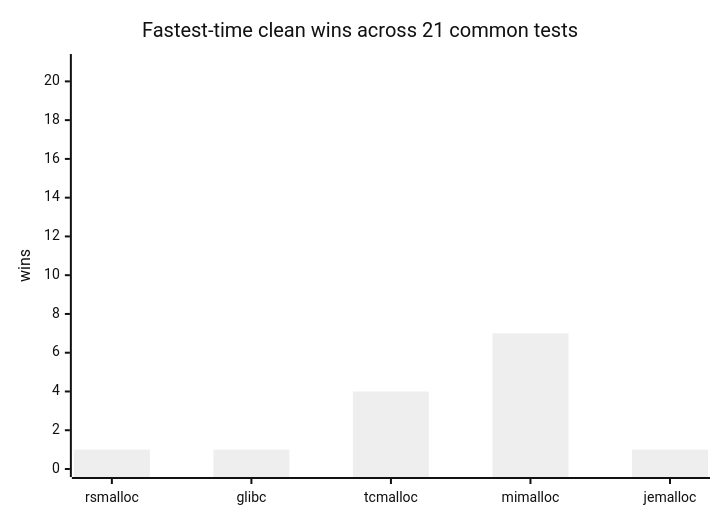
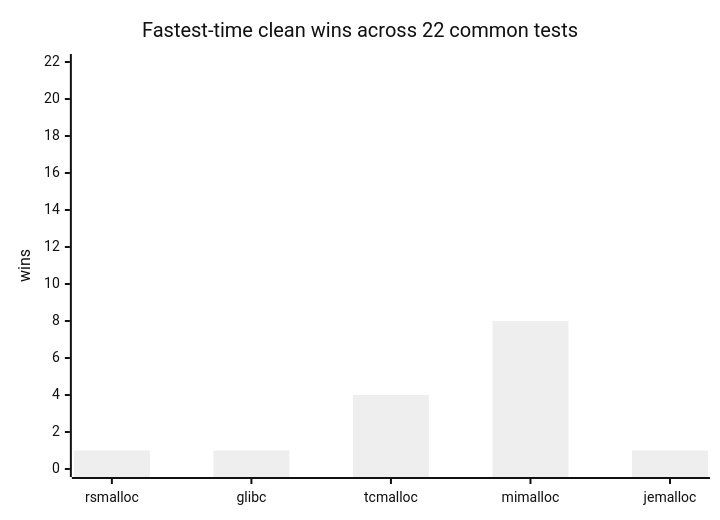
One commit to Metehan120/rsmalloc changed the first of 8 diagrams in benchmarks/benchmarks.md. Above: the diagram before and after it, drawn with Mermaid (neutral theme). The commit also changed other lines of this file and 1 other file, not shown here.

````diff
--- a/benchmarks/benchmarks.md
+++ b/benchmarks/benchmarks.md
@@ -80,7 +80,7 @@
 ```mermaid
 xychart-beta
-    title "Fastest-time clean wins across 21 common tests"
+    title "Fastest-time clean wins across 22 common tests"
     x-axis [rsmalloc, glibc, tcmalloc, mimalloc, jemalloc]
-    y-axis "wins" 0 --> 21
-    bar [1, 1, 4, 7, 1]
+    y-axis "wins" 0 --> 22
+    bar [1, 1, 4, 8, 1]
 ```
````
